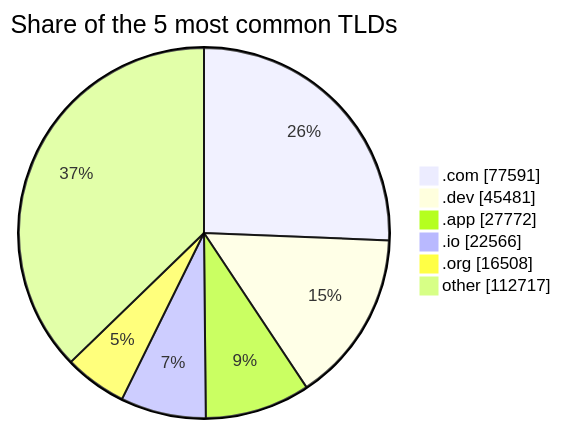
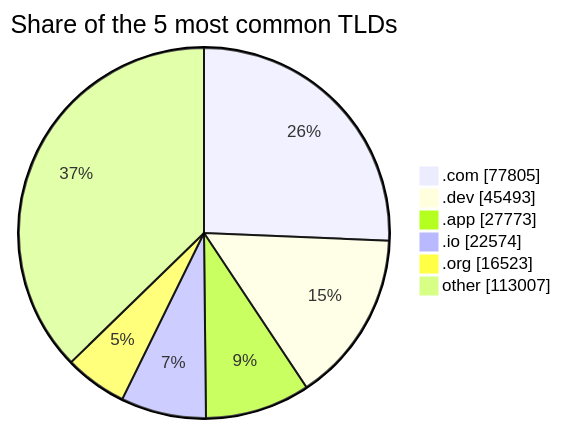
Before and after one commit to DNSBunker/CTI: the third of 3 diagrams in README.md, drawn with Mermaid. The commit also changed other lines of this file and 3 other files, not shown here.

````diff
--- a/README.md
+++ b/README.md
@@ -81,9 +81,9 @@
 ```mermaid
 pie showData title Share of the 5 most common TLDs
-    ".com" : 77591
-    ".dev" : 45481
-    ".app" : 27772
-    ".io" : 22566
-    ".org" : 16508
-    "other" : 112717
+    ".com" : 77805
+    ".dev" : 45493
+    ".app" : 27773
+    ".io" : 22574
+    ".org" : 16523
+    "other" : 113007
 ```
````
